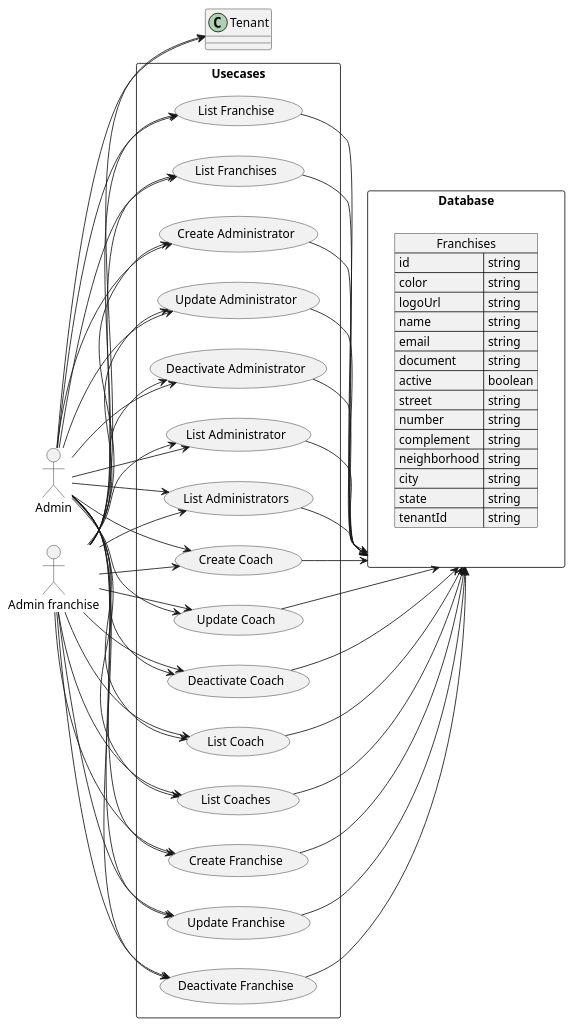
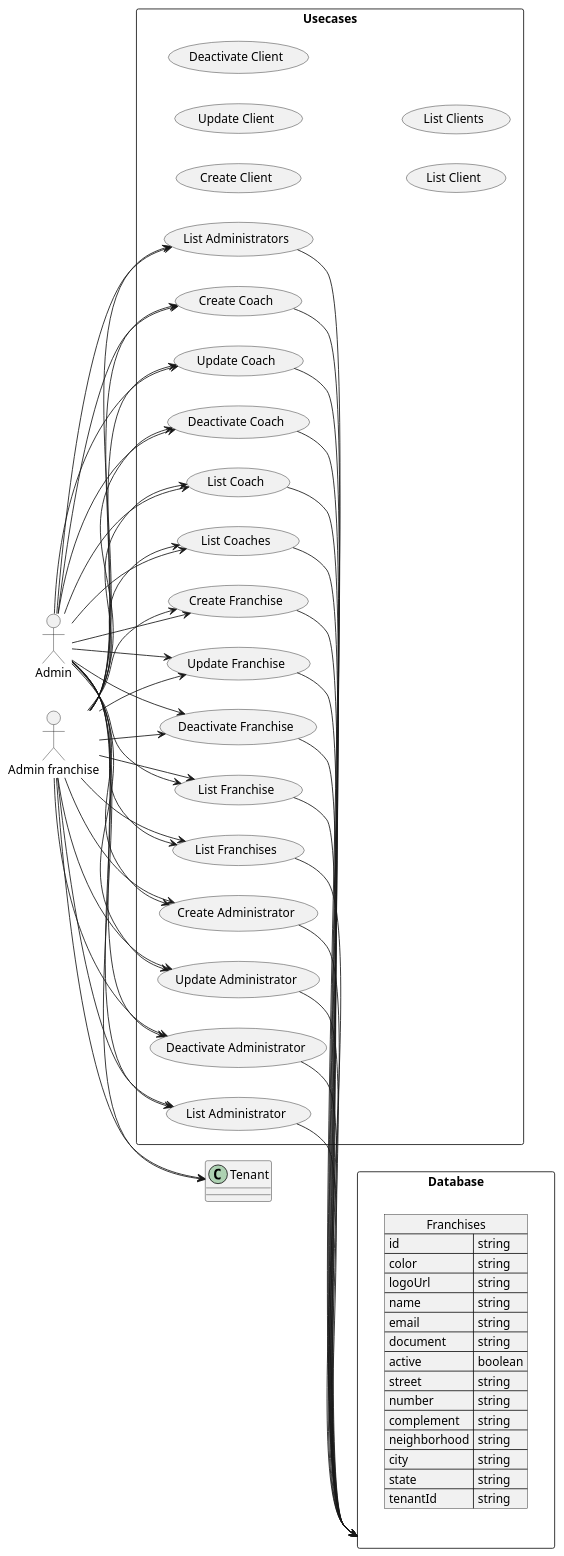
The diagram in uml/business-adm.usecase.wsd (gustavorodrigues19/ddd-api), drawn with PlantUML before and after one commit. The commit also changed 20 other files, not shown here.

```diff
--- a/uml/business-adm.usecase.wsd
+++ b/uml/business-adm.usecase.wsd
@@ -1,105 +1,111 @@
 @startuml
 allowmixing
 
 left to right direction
 
 actor "Admin" as admin
 actor "Admin franchise" as adminFranchise
 
 rectangle Usecases {
   usecase "Create Franchise" as CF
   usecase "Update Franchise" as UF
   usecase "Deactivate Franchise" as DF
   usecase "List Franchise" as LF
   usecase "List Franchises" as LFS
 
   usecase "Create Administrator" as CA
   usecase "Update Administrator" as UA
   usecase "Deactivate Administrator" as DA
   usecase "List Administrator" as LA
   usecase "List Administrators" as LAS
 
   usecase "Create Coach" as CC
   usecase "Update Coach" as UC
   usecase "Deactivate Coach" as DC
   usecase "List Coach" as LC
   usecase "List Coaches" as LCS
+
+  usecase "Create Client" as CCC
+  usecase "Update Client" as UCC
+  usecase "Deactivate Client" as DCC
+  usecase "List Client" as LCC
+  usecase "List Clients" as LCCS
 }
 
 rectangle Database {
   json Franchises {
    "id": "string",
    "color": "string",
    "logoUrl": "string",
    "name": "string",
    "email": "string",
    "document":"string",
    "active": "boolean",
    "street": "string",
    "number": "string",
    "complement": "string",
    "neighborhood": "string",
    "city": "string",
    "state": "string",
    "tenantId": "string"
   }
 }
 
 admin --> Tenant
 admin --> CF
 admin --> UF
 admin --> DF
 admin --> LF
 admin --> LFS
 
 admin --> CA
 admin --> UA
 admin --> DA
 admin --> LA
 admin --> LAS
 
 admin --> CC
 admin --> UC
 admin --> DC
 admin --> LC
 admin --> LCS
 
 adminFranchise --> Tenant
 adminFranchise --> CF
 adminFranchise --> UF
 adminFranchise --> DF
 adminFranchise --> LF
 adminFranchise --> LFS
 
 adminFranchise --> CA
 adminFranchise --> UA
 adminFranchise --> DA
 adminFranchise --> LA
 adminFranchise --> LAS
 
 adminFranchise --> CC
 adminFranchise --> UC
 adminFranchise --> DC
 adminFranchise --> LC
 adminFranchise --> LCS
 
 
 CF --> Database
 UF --> Database
 DF --> Database
 LF --> Database
 LFS --> Database
 
 CA --> Database
 UA --> Database
 DA --> Database
 LA --> Database
 LAS --> Database
 
 CC --> Database
 UC --> Database
 DC --> Database
 LC --> Database
 LCS --> Database
 
 @enduml
```
